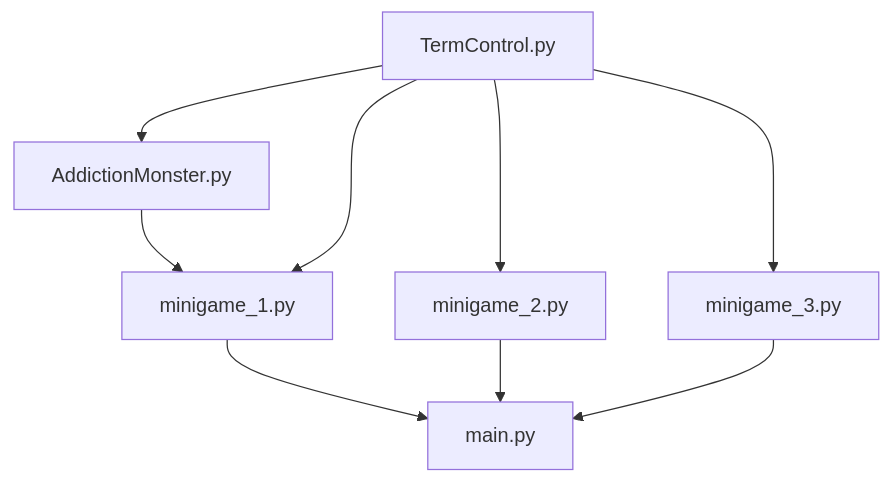
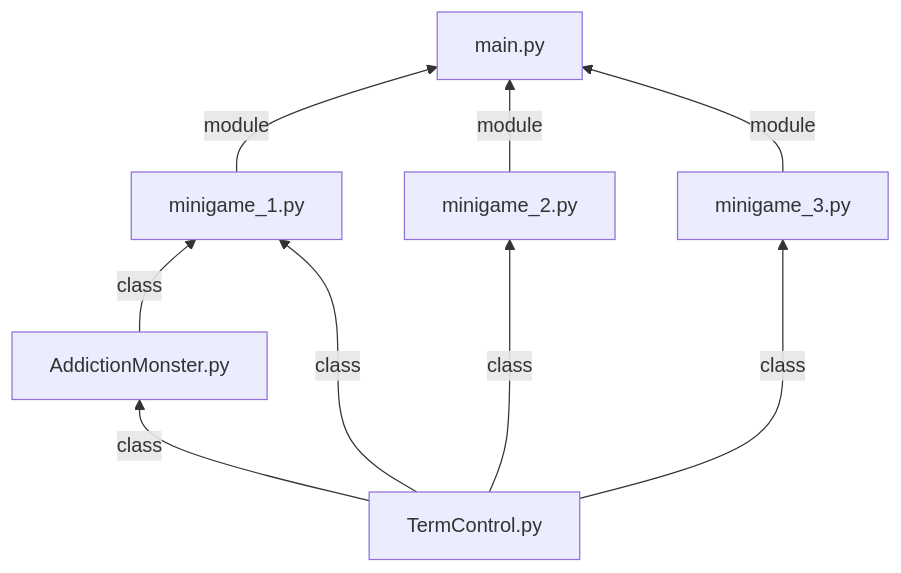
The diagram in README.md (Darkuantum/CTD-1D), drawn with Mermaid before and after one commit.

Commit message:
Adding description inside the mermaid flowchart

````diff
--- a/README.md
+++ b/README.md
@@ -34,11 +34,11 @@
 ```mermaid
-graph TD;
-    minigame_1.py-->main.py;
-    minigame_2.py-->main.py;
-    minigame_3.py-->main.py;
-    AddictionMonster.py-->minigame_1.py;
-    TermControl.py-->minigame_1.py
-    TermControl.py-->minigame_2.py
-    TermControl.py-->minigame_3.py
-    TermControl.py-->AddictionMonster.py
+graph BT;
+    minigame_1.py-->|module|main.py;
+    minigame_2.py-->|module|main.py;
+    minigame_3.py-->|module|main.py;
+    AddictionMonster.py-->|class|minigame_1.py;
+    TermControl.py-->|class|minigame_1.py
+    TermControl.py-->|class|minigame_2.py
+    TermControl.py-->|class|minigame_3.py
+    TermControl.py-->|class|AddictionMonster.py
 ```
````
